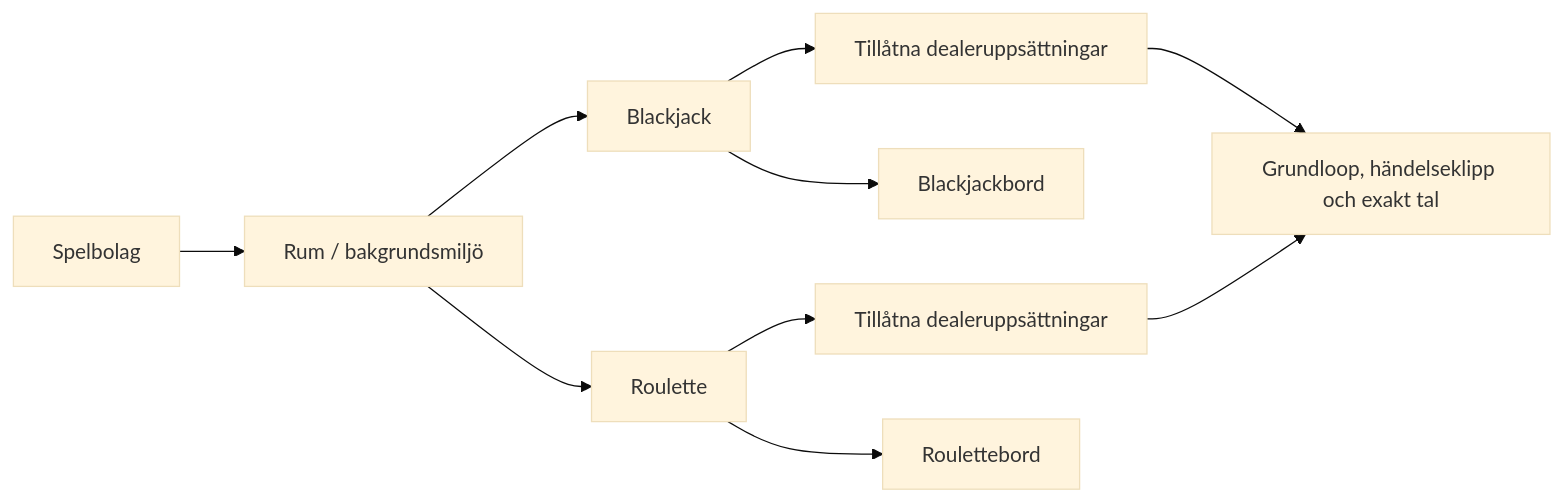
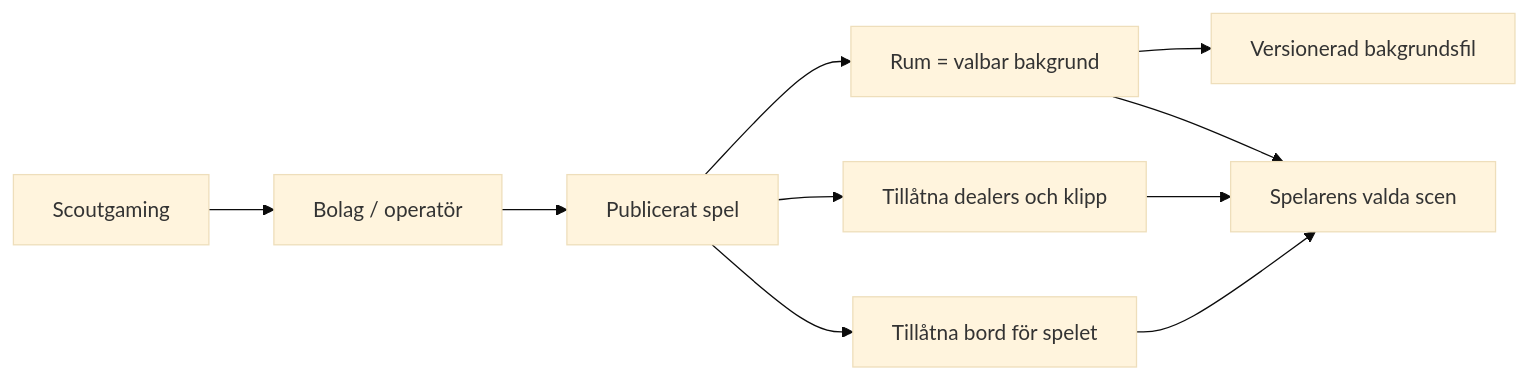
The first of 2 diagrams in docs/LOCAL-PRESENTATION-RUNTIME.md (Jakeminator123/scoutgaming), drawn with Mermaid (base theme) before and after one commit. The commit also changed other lines of this file and 15 other files, not shown here.

Commit message:
Clarify operator game room model and surface room trash

````diff
--- a/docs/LOCAL-PRESENTATION-RUNTIME.md
+++ b/docs/LOCAL-PRESENTATION-RUNTIME.md
@@ -171,12 +173,12 @@
 ```mermaid
 flowchart LR
-  Operator[Spelbolag] --> Room[Rum / bakgrundsmiljö]
-  Room --> BJ[Blackjack]
-  Room --> Roulette[Roulette]
-  BJ --> BJDealer[Tillåtna dealeruppsättningar]
-  Roulette --> RDealer[Tillåtna dealeruppsättningar]
-  BJ --> BJTable[Blackjackbord]
-  Roulette --> RTable[Roulettebord]
-  BJDealer --> Clips[Grundloop, händelseklipp och exakt tal]
-  RDealer --> Clips
+  Scoutgaming --> Operator[Bolag / operatör]
+  Operator --> Game[Publicerat spel]
+  Game --> Room[Rum = valbar bakgrund]
+  Game --> Dealer[Tillåtna dealers och klipp]
+  Game --> Table[Tillåtna bord för spelet]
+  Room --> Asset[Versionerad bakgrundsfil]
+  Dealer --> Scene[Spelarens valda scen]
+  Table --> Scene
+  Room --> Scene
 ```
````
